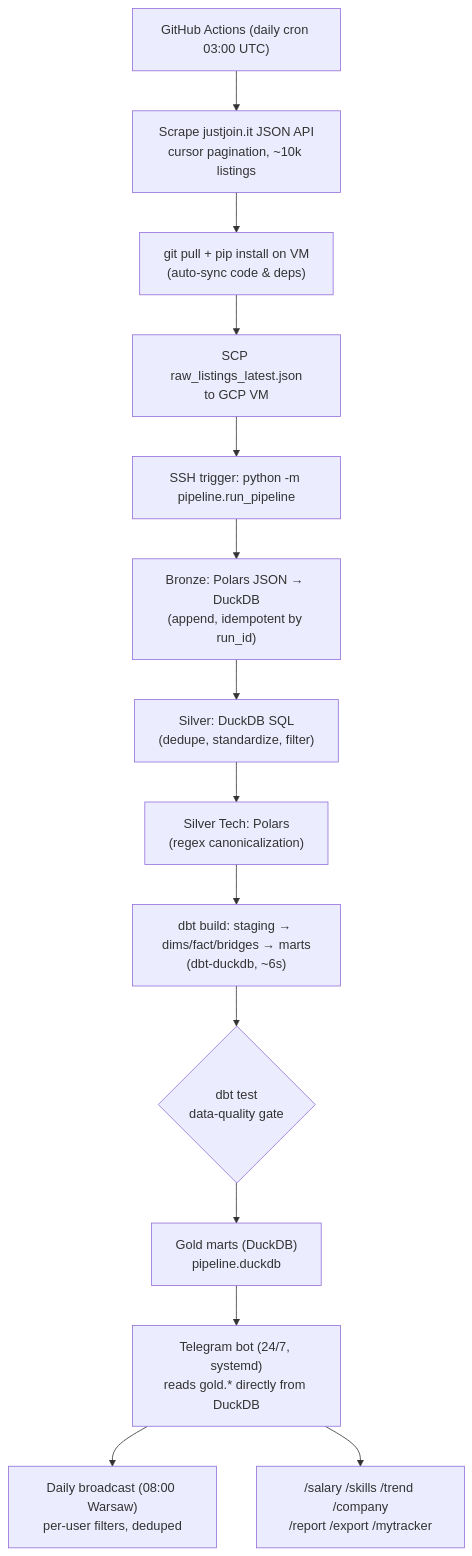
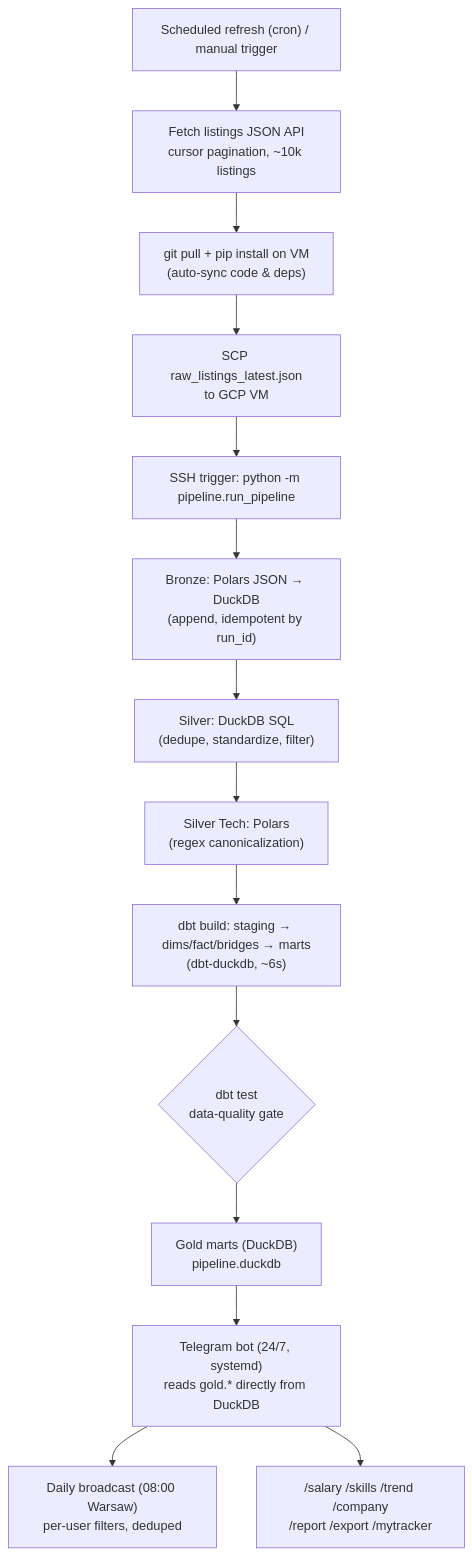
One commit to kromylodd/Polish-It-Job-Market-Intelligence changed the first of 2 diagrams in README.md. Above: the diagram before and after it, drawn with Mermaid. The commit also changed other lines of this file and 3 other files, not shown here.

````diff
--- a/README.md
+++ b/README.md
@@ -45,17 +44,17 @@
 ```mermaid
 flowchart TD
-    A["GitHub Actions (daily cron 03:00 UTC)"] --> B["Scrape justjoin.it JSON API<br/>cursor pagination, ~10k listings"]
+    A["Scheduled refresh (cron) / manual trigger"] --> B["Fetch listings JSON API<br/>cursor pagination, ~10k listings"]
     B --> C["git pull + pip install on VM<br/>(auto-sync code & deps)"]
     C --> D["SCP raw_listings_latest.json<br/>to GCP VM"]
     D --> E["SSH trigger: python -m pipeline.run_pipeline"]
     E --> F["Bronze: Polars JSON → DuckDB<br/>(append, idempotent by run_id)"]
     F --> G["Silver: DuckDB SQL<br/>(dedupe, standardize, filter)"]
     G --> H["Silver Tech: Polars<br/>(regex canonicalization)"]
     H --> I["dbt build: staging → dims/fact/bridges → marts<br/>(dbt-duckdb, ~6s)"]
     I --> J{"dbt test<br/>data-quality gate"}
     J --> K["Gold marts (DuckDB)<br/>pipeline.duckdb"]
 
     K --> L["Telegram bot (24/7, systemd)<br/>reads gold.* directly from DuckDB"]
     L --> M["Daily broadcast (08:00 Warsaw)<br/>per-user filters, deduped"]
     L --> N["/salary /skills /trend /company<br/>/report /export /mytracker"]
 ```
````
